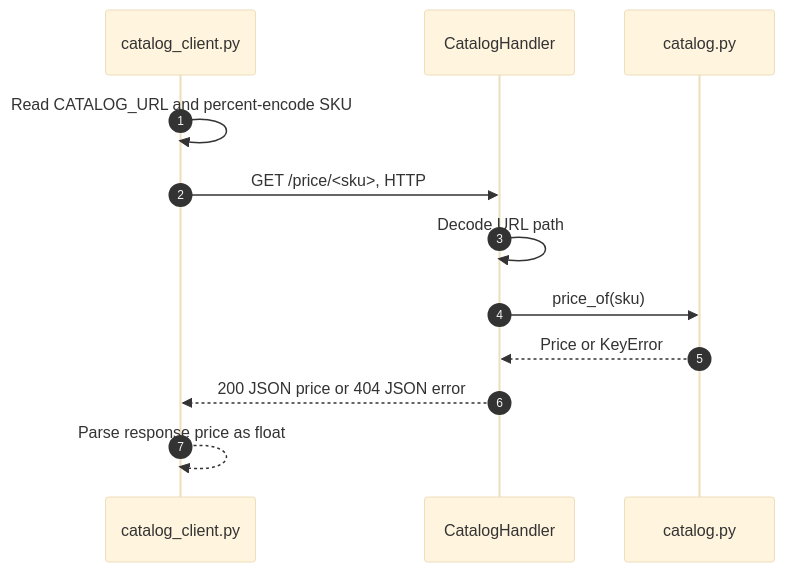
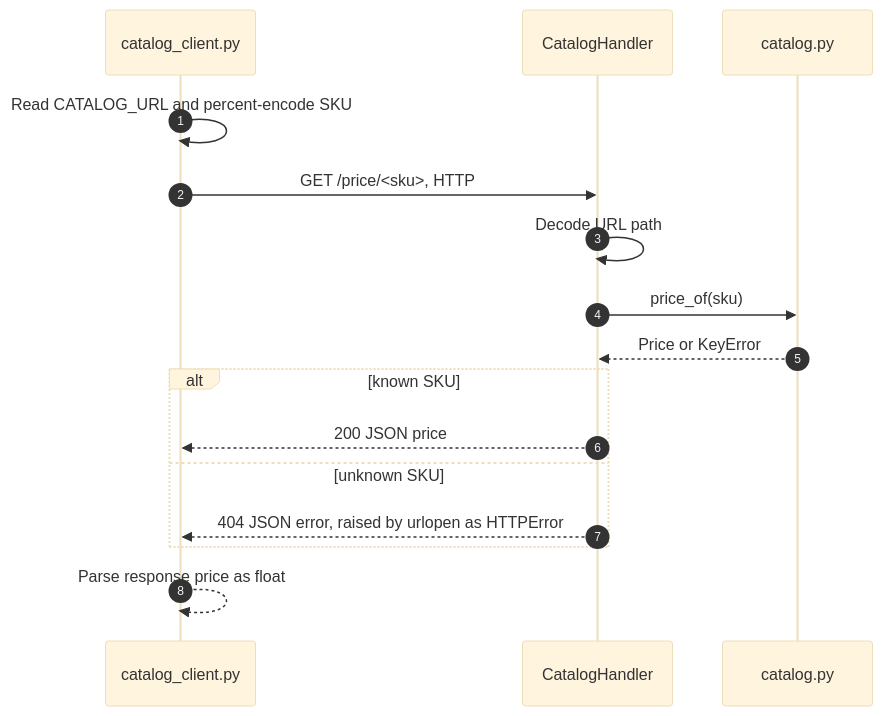
One commit to vishalc412/bible-mode-b-test changed the seventh of 10 diagrams in codebase-analysis/hld/05-key-flows.md. Above: the diagram before and after it, drawn with Mermaid (base theme). The commit also changed other lines of this file and 38 other files, not shown here.

````diff
--- a/codebase-analysis/hld/05-key-flows.md
+++ b/codebase-analysis/hld/05-key-flows.md
@@ -269,14 +321,18 @@
 ```mermaid
 sequenceDiagram
   autonumber
   participant Client as catalog_client.py
   participant Server as CatalogHandler
   participant Catalog as catalog.py
   Client->>Client: Read CATALOG_URL and percent-encode SKU
   Client->>Server: GET /price/<sku>, HTTP
   Server->>Server: Decode URL path
   Server->>Catalog: price_of(sku)
   Catalog-->>Server: Price or KeyError
-  Server-->>Client: 200 JSON price or 404 JSON error
+  alt known SKU
+    Server-->>Client: 200 JSON price
+  else unknown SKU
+    Server-->>Client: 404 JSON error, raised by urlopen as HTTPError
+  end
   Client-->>Client: Parse response price as float
 ```
````
